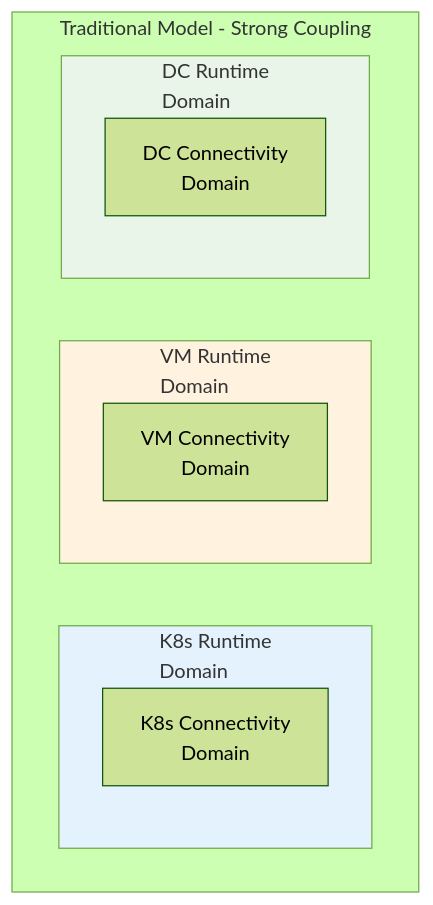
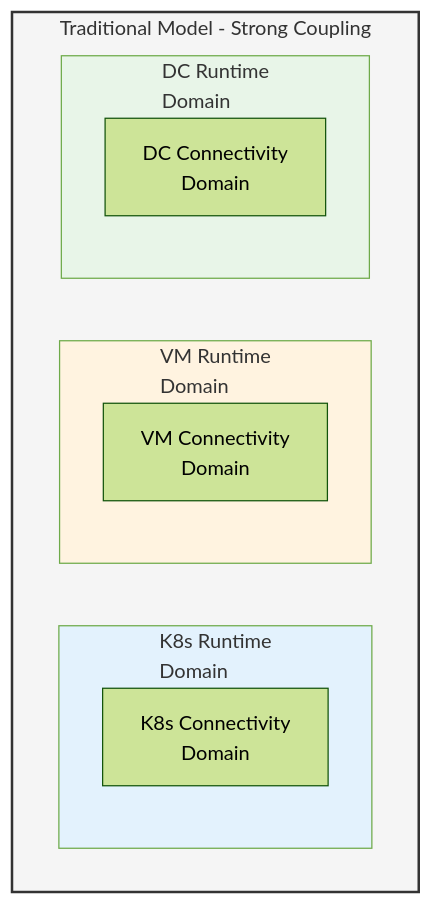
One commit to daviderestivo/nsm changed the first of 9 diagrams in doc/nsm-concepts.md. Above: the diagram before and after it, drawn with Mermaid (forest theme).

Commit message:
docs: fix diagram title overlap with improved styling
- Restored outer subgraph with single-line title
- Added styling to prevent text overlap
- Applied light gray background and border to container
- Kept title 'Traditional Model - Strong Coupling' as requested
- Improved visual separation between title and content

````diff
--- a/doc/nsm-concepts.md
+++ b/doc/nsm-concepts.md
@@ -29,18 +29,19 @@
 ```mermaid
 graph TB
-    subgraph "Traditional Model - Strong Coupling"
+    subgraph Title["Traditional Model - Strong Coupling"]
         subgraph K8s["K8s Runtime<br/>Domain"]
             K8sConn["K8s Connectivity<br/>Domain"]
         end
         subgraph VM["VM Runtime<br/>Domain"]
             VMConn["VM Connectivity<br/>Domain"]
         end
         subgraph DC["DC Runtime<br/>Domain"]
             DCConn["DC Connectivity<br/>Domain"]
         end
     end
     
     style K8s fill:#e3f2fd
     style VM fill:#fff3e0
     style DC fill:#e8f5e8
+    style Title fill:#f5f5f5,stroke:#333,stroke-width:2px
 ```
````
